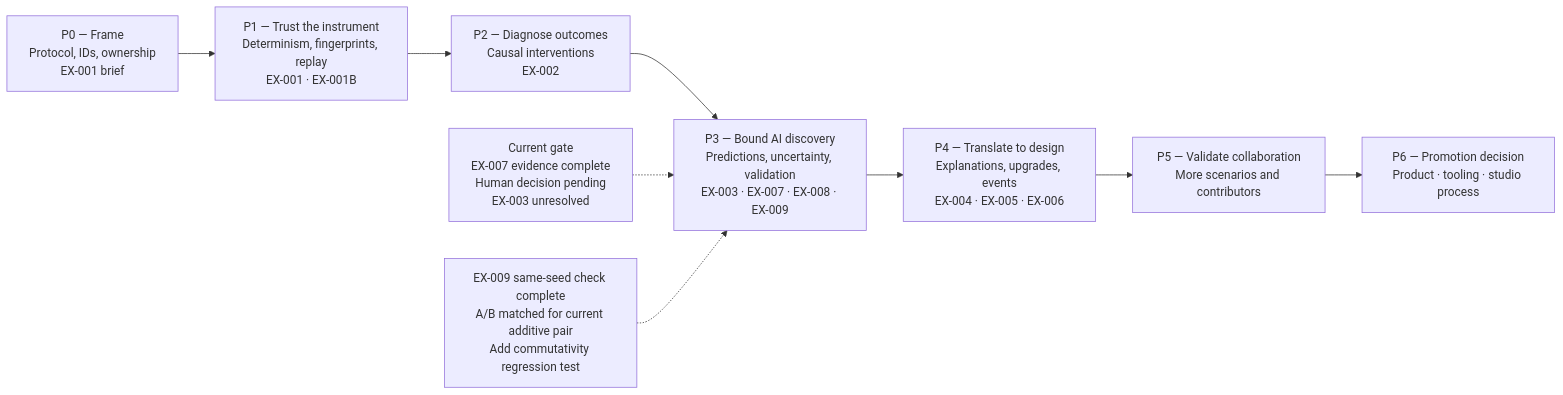
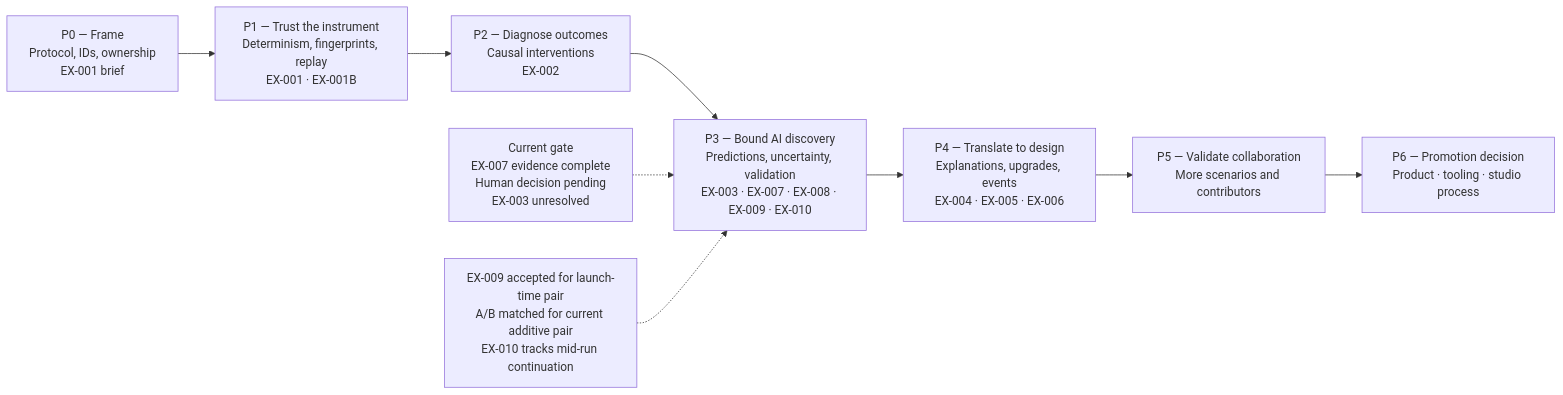
Before and after one commit to Saltylanguage/GameDev: the first of 4 diagrams in LearningIndieDev/docs/Architecture Maps/PREDICTIVE_AI_RESEARCH_ARCHITECTURE_AND_FLOWS.md, drawn with Mermaid. The commit also changed 18 other files, not shown here.

````diff
--- a/LearningIndieDev/docs/Architecture Maps/PREDICTIVE_AI_RESEARCH_ARCHITECTURE_AND_FLOWS.md
+++ b/LearningIndieDev/docs/Architecture Maps/PREDICTIVE_AI_RESEARCH_ARCHITECTURE_AND_FLOWS.md
@@ -14,18 +14,18 @@
 ```mermaid
 flowchart LR
     P0["P0 — Frame<br/>Protocol, IDs, ownership<br/>EX-001 brief"]
     P1["P1 — Trust the instrument<br/>Determinism, fingerprints, replay<br/>EX-001 · EX-001B"]
     P2["P2 — Diagnose outcomes<br/>Causal interventions<br/>EX-002"]
-    P3["P3 — Bound AI discovery<br/>Predictions, uncertainty, validation<br/>EX-003 · EX-007 · EX-008 · EX-009"]
+    P3["P3 — Bound AI discovery<br/>Predictions, uncertainty, validation<br/>EX-003 · EX-007 · EX-008 · EX-009 · EX-010"]
     P4["P4 — Translate to design<br/>Explanations, upgrades, events<br/>EX-004 · EX-005 · EX-006"]
     P5["P5 — Validate collaboration<br/>More scenarios and contributors"]
     P6["P6 — Promotion decision<br/>Product · tooling · studio process"]
 
     P0 --> P1 --> P2 --> P3 --> P4 --> P5 --> P6
 
     NOW["Current gate<br/>EX-007 evidence complete<br/>Human decision pending<br/>EX-003 unresolved"]
-    ORDER["EX-009 same-seed check complete<br/>A/B matched for current additive pair<br/>Add commutativity regression test"]
+    ORDER["EX-009 accepted for launch-time pair<br/>A/B matched for current additive pair<br/>EX-010 tracks mid-run continuation"]
 
     NOW -.-> P3
     ORDER -.-> P3
 ```
````
